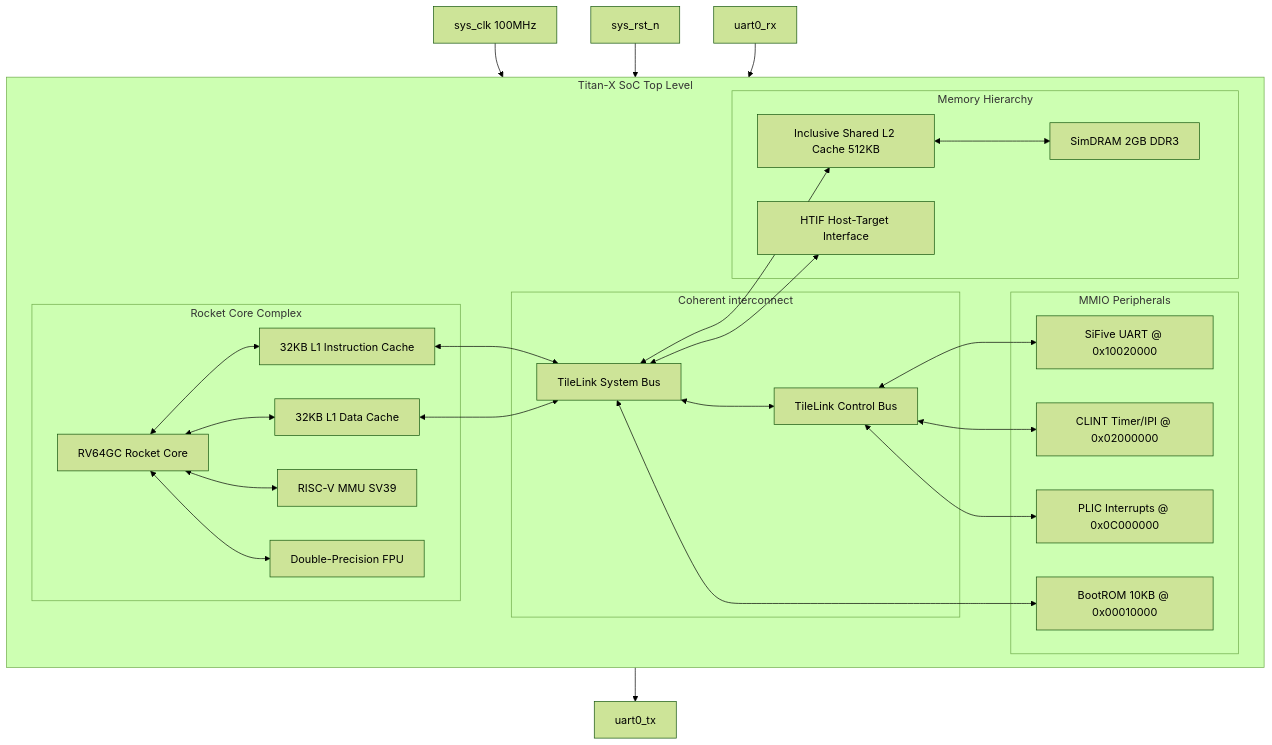
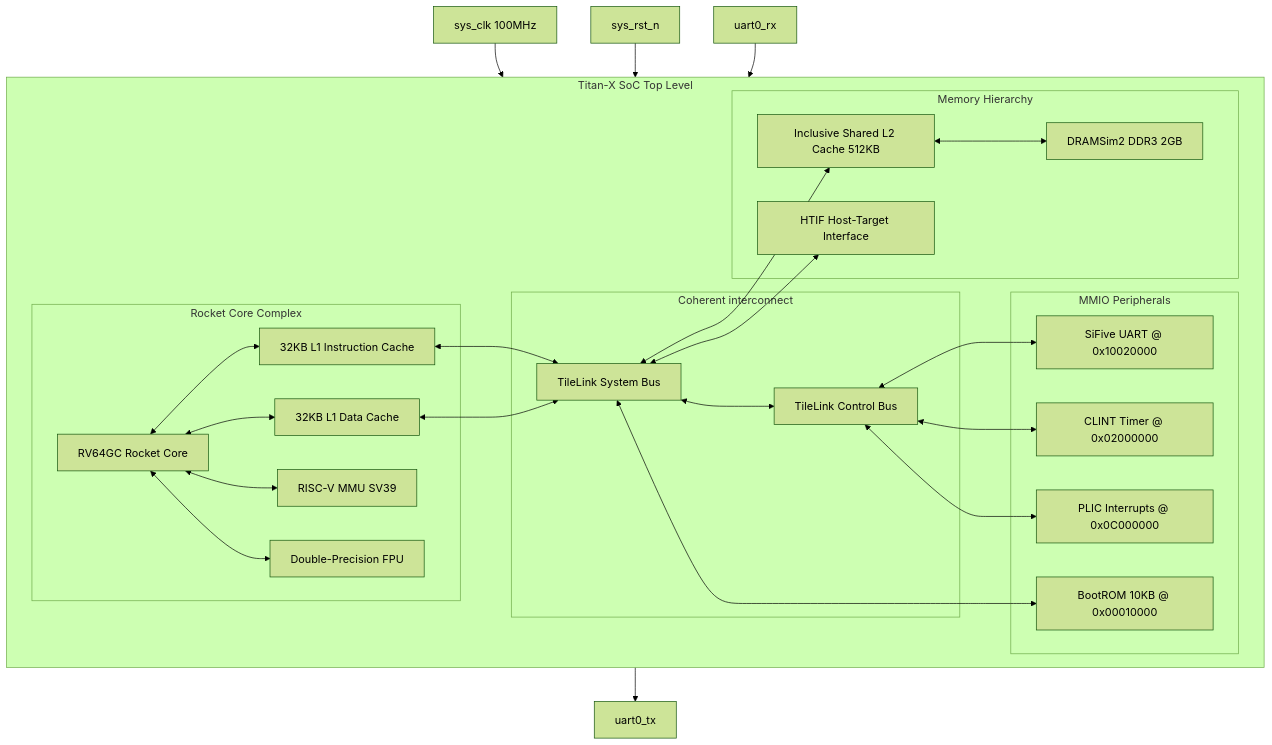
The diagram in phases/phase1-bare-metal/docs/block_diagram.md (anupamsarashwat1-cloud/smvdu-titan-x), drawn with Mermaid (forest theme) before and after one commit. The commit also changed other lines of this file, not shown here.

Commit message:
docs(phase1): add premium high-fidelity architecture overview diagram

````diff
--- a/phases/phase1-bare-metal/docs/block_diagram.md
+++ b/phases/phase1-bare-metal/docs/block_diagram.md
@@ -11,53 +17,53 @@
 ```mermaid
 graph TB
     subgraph ChipBoundary [Titan-X SoC Top Level]
         subgraph CoreComplex [Rocket Core Complex]
             Core[RV64GC Rocket Core]
             L1I[32KB L1 Instruction Cache]
             L1D[32KB L1 Data Cache]
             MMU[RISC-V MMU SV39]
             FPU[Double-Precision FPU]
 
             Core <--> L1I
             Core <--> L1D
             Core <--> MMU
             Core <--> FPU
         end
 
         subgraph Interconnect [Coherent interconnect]
             SystemBus[TileLink System Bus]
             ControlBus[TileLink Control Bus]
             SystemBus <--> ControlBus
         end
 
         L1I <--> SystemBus
         L1D <--> SystemBus
 
         subgraph Peripherals [MMIO Peripherals]
             UART[SiFive UART @ 0x10020000]
             BootROM[BootROM 10KB @ 0x00010000]
-            CLINT[CLINT Timer/IPI @ 0x02000000]
+            CLINT[CLINT Timer @ 0x02000000]
             PLIC[PLIC Interrupts @ 0x0C000000]
         end
 
         ControlBus <--> UART
         ControlBus <--> CLINT
         ControlBus <--> PLIC
         SystemBus <--> BootROM
 
         subgraph MemorySubsystem [Memory Hierarchy]
             L2[Inclusive Shared L2 Cache 512KB]
-            DRAMSim[SimDRAM 2GB DDR3]
+            DRAMSim[DRAMSim2 DDR3 2GB]
             HTIF[HTIF Host-Target Interface]
         end
 
         SystemBus <--> L2
         L2 <--> DRAMSim
         SystemBus <--> HTIF
     end
 
     sys_clk[sys_clk 100MHz] --> ChipBoundary
     sys_rst_n[sys_rst_n] --> ChipBoundary
     ChipBoundary --> uart_tx[uart0_tx]
     uart_rx[uart0_rx] --> ChipBoundary
 ```
````
